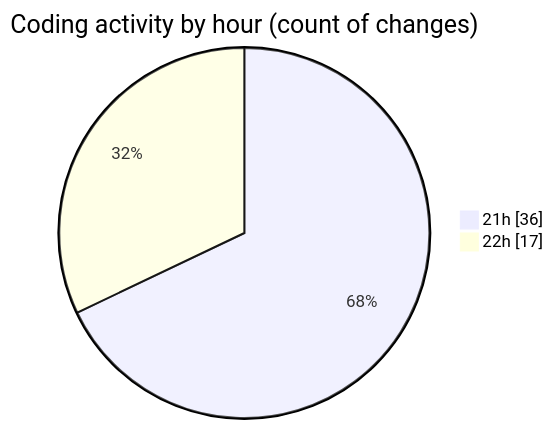
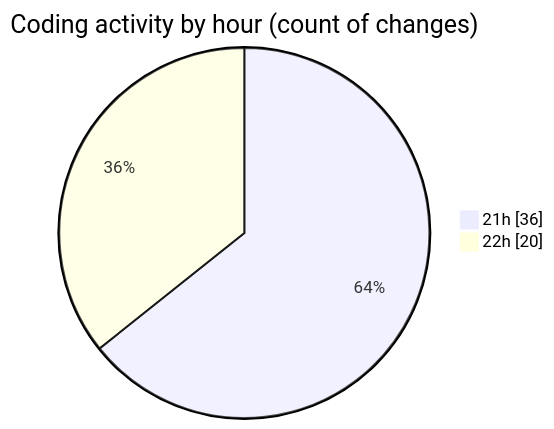
Before and after one commit to robertbonfada/code-tracking: the second of 2 diagrams in 2025-03-10/termonied_testador/README.md, drawn with Mermaid. The commit also changed other lines of this file and 1 other file, not shown here.

````diff
--- a/2025-03-10/termonied_testador/README.md
+++ b/2025-03-10/termonied_testador/README.md
@@ -36,6 +37,6 @@
 ```mermaid
 pie showData
 title Coding activity by hour (count of changes)
 "21h" : 36
-"22h" : 17
+"22h" : 20
 ```
````
